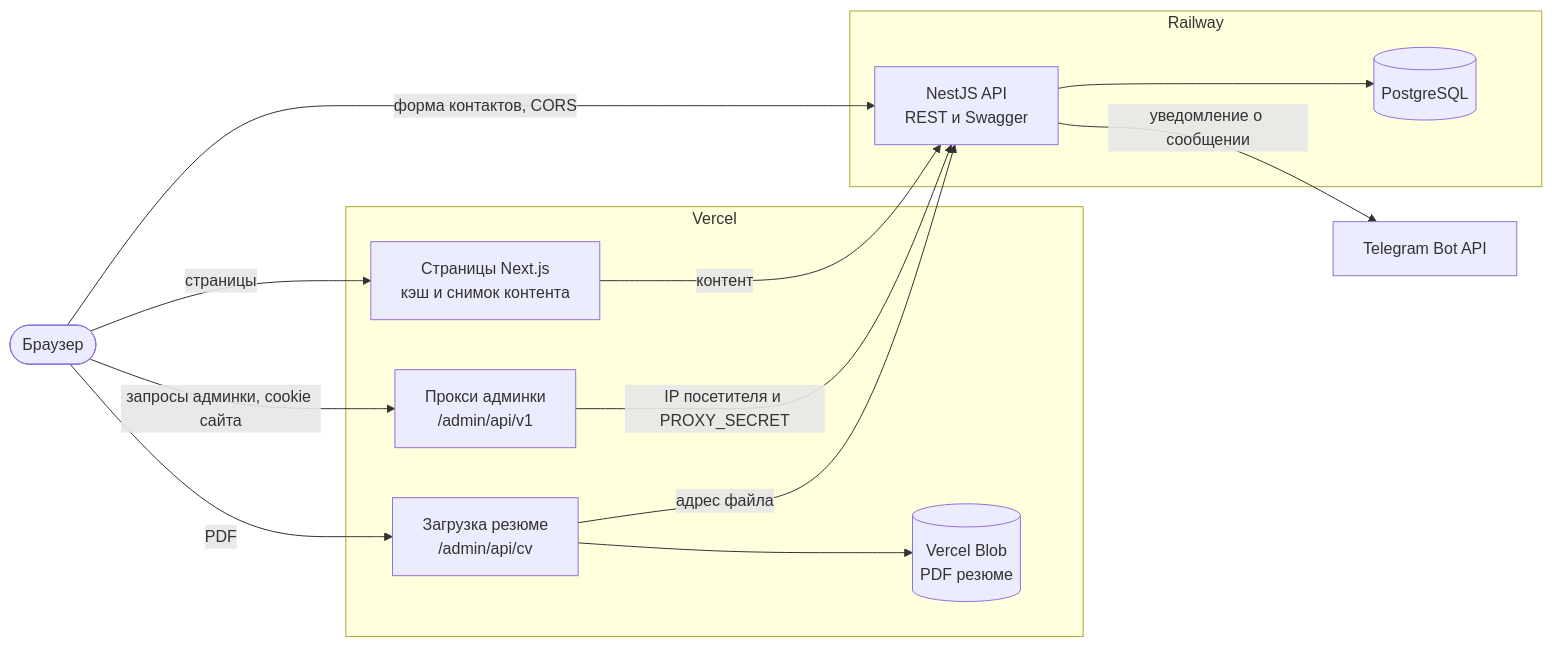
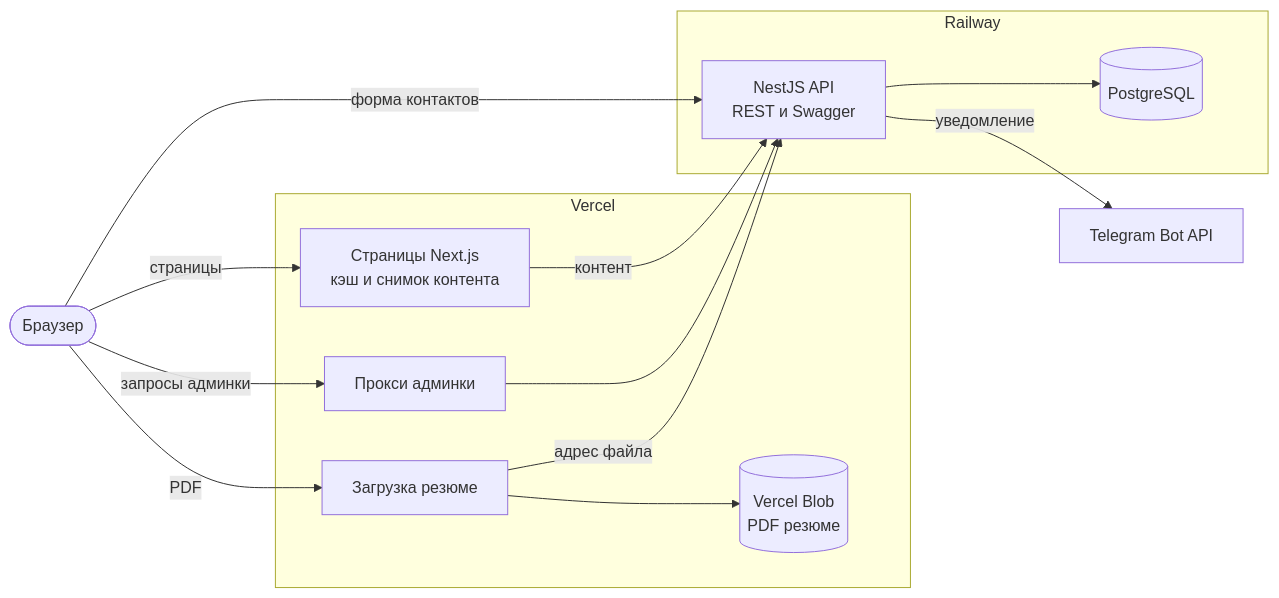
Before and after one commit to MireGo2013/my-portfolio: the diagram in README.md, drawn with Mermaid. The commit also changed other lines of this file and 2 other files, not shown here.

````diff
--- a/README.md
+++ b/README.md
@@ -61,29 +54,29 @@
 ```mermaid
 flowchart LR
   browser([Браузер])
 
   subgraph vercel [Vercel]
     pages[Страницы Next.js<br/>кэш и снимок контента]
-    proxy[Прокси админки<br/>/admin/api/v1]
-    cvUpload[Загрузка резюме<br/>/admin/api/cv]
+    proxy[Прокси админки]
+    cvUpload[Загрузка резюме]
     blob[(Vercel Blob<br/>PDF резюме)]
   end
 
   subgraph railway [Railway]
     api[NestJS API<br/>REST и Swagger]
     db[(PostgreSQL)]
   end
 
   telegram[Telegram Bot API]
 
   browser -->|страницы| pages
-  browser -->|форма контактов, CORS| api
-  browser -->|запросы админки, cookie сайта| proxy
+  browser -->|форма контактов| api
+  browser -->|запросы админки| proxy
   browser -->|PDF| cvUpload
   pages -->|контент| api
-  proxy -->|IP посетителя и PROXY_SECRET| api
+  proxy --> api
   cvUpload --> blob
   cvUpload -->|адрес файла| api
   api --> db
-  api -->|уведомление о сообщении| telegram
+  api -->|уведомление| telegram
 ```
````
